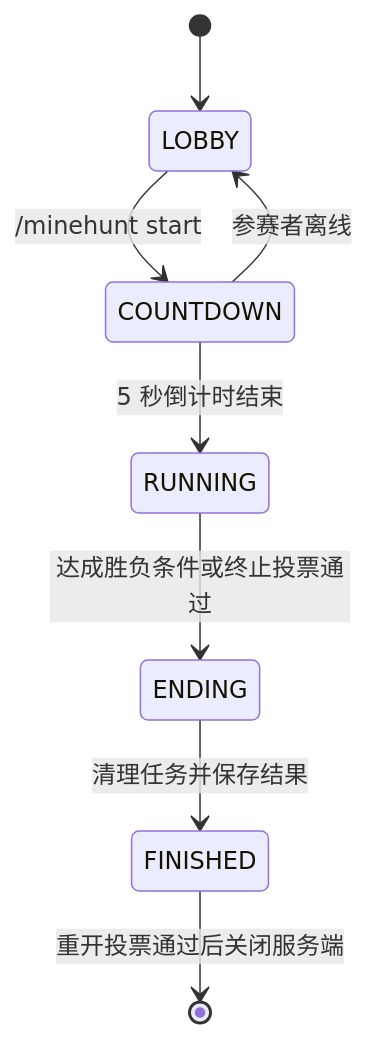
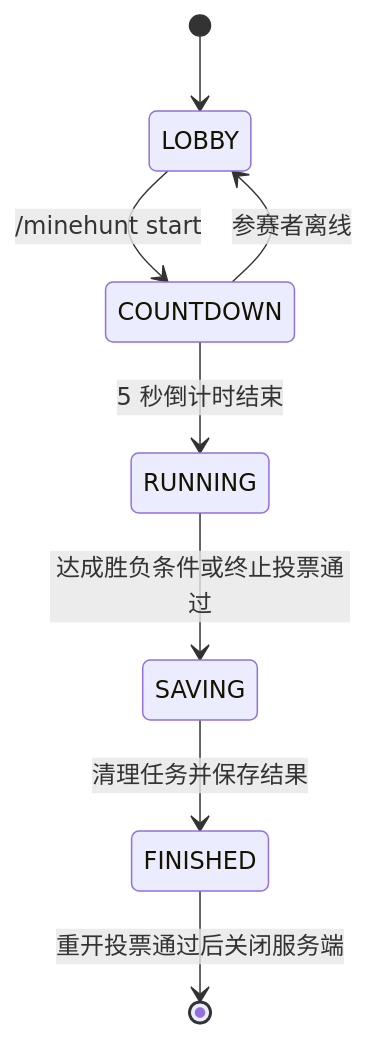
Before and after one commit to Fortern/MinehuntF: the diagram in docs/zh-CN/README.md, drawn with Mermaid. The commit also changed other lines of this file and 24 other files, not shown here.

````diff
--- a/docs/zh-CN/README.md
+++ b/docs/zh-CN/README.md
@@ -11,10 +11,10 @@
 ```mermaid
 stateDiagram-v2
     [*] --> LOBBY
     LOBBY --> COUNTDOWN: /minehunt start
     COUNTDOWN --> LOBBY: 参赛者离线
     COUNTDOWN --> RUNNING: 5 秒倒计时结束
-    RUNNING --> ENDING: 达成胜负条件或终止投票通过
-    ENDING --> FINISHED: 清理任务并保存结果
+    RUNNING --> SAVING: 达成胜负条件或终止投票通过
+    SAVING --> FINISHED: 清理任务并保存结果
     FINISHED --> [*]: 重开投票通过后关闭服务端
 ```
````
